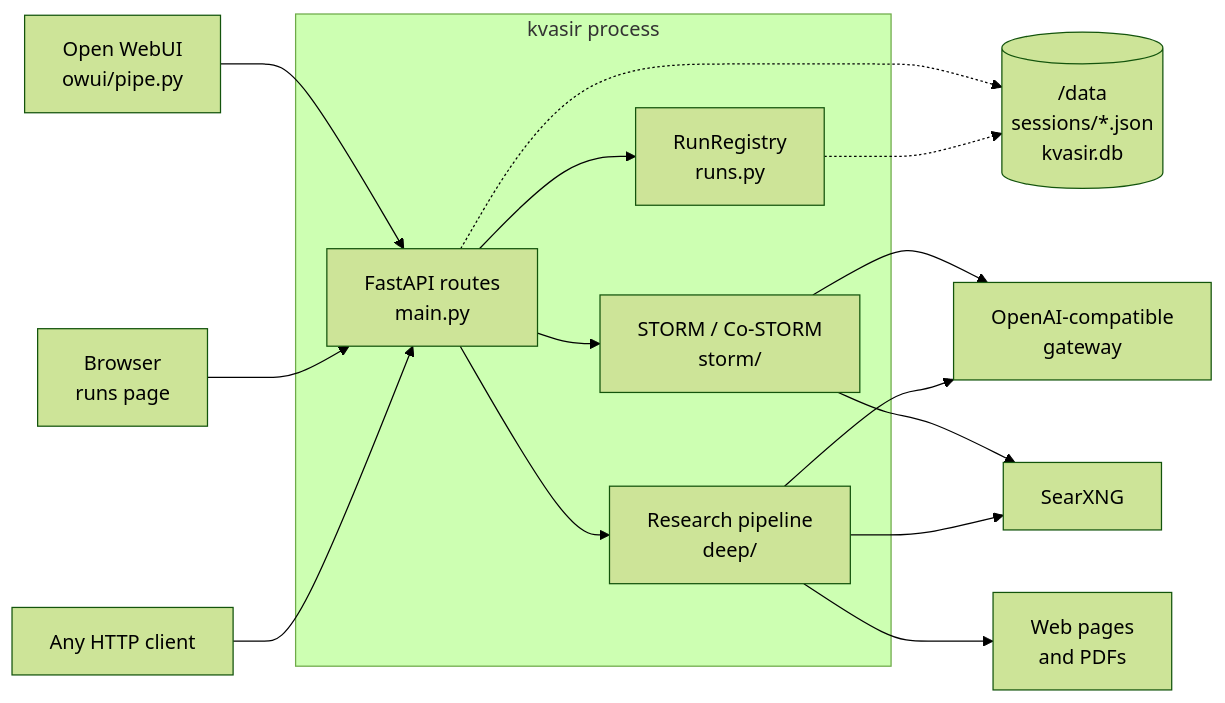
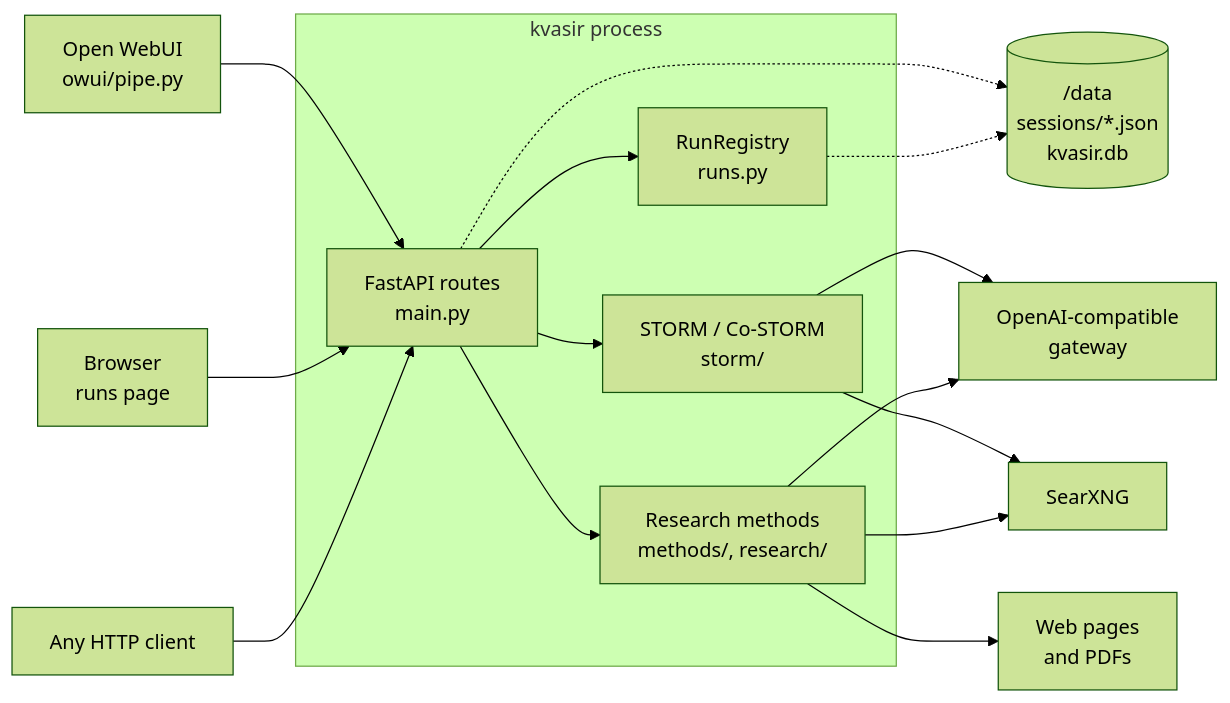
One commit to brewcoua/kvasir changed the first of 6 diagrams in docs/architecture.md. Above: the diagram before and after it, drawn with Mermaid (forest theme). The commit also changed other lines of this file and 31 other files, not shown here.

First line of the commit message:
refactor(research): split the pipeline into shared steps and the ledger

````diff
--- a/docs/architecture.md
+++ b/docs/architecture.md
@@ -17,32 +17,32 @@
 ```mermaid
 flowchart LR
     owui["Open WebUI<br/>owui/pipe.py"]
     browser["Browser<br/>runs page"]
     curl["Any HTTP client"]
 
     subgraph kvasir["kvasir process"]
         api["FastAPI routes<br/>main.py"]
         registry["RunRegistry<br/>runs.py"]
         storm["STORM / Co-STORM<br/>storm/"]
-        deep["Research pipeline<br/>deep/"]
+        deep["Research methods<br/>methods/, research/"]
     end
 
     gateway["OpenAI-compatible<br/>gateway"]
     searxng["SearXNG"]
     web["Web pages<br/>and PDFs"]
     data[("/data<br/>sessions/*.json<br/>kvasir.db")]
 
     owui --> api
     browser --> api
     curl --> api
     api --> registry
     api --> storm
     api --> deep
     storm --> gateway
     storm --> searxng
     deep --> gateway
     deep --> searxng
     deep --> web
     api -.-> data
     registry -.-> data
 ```
````
